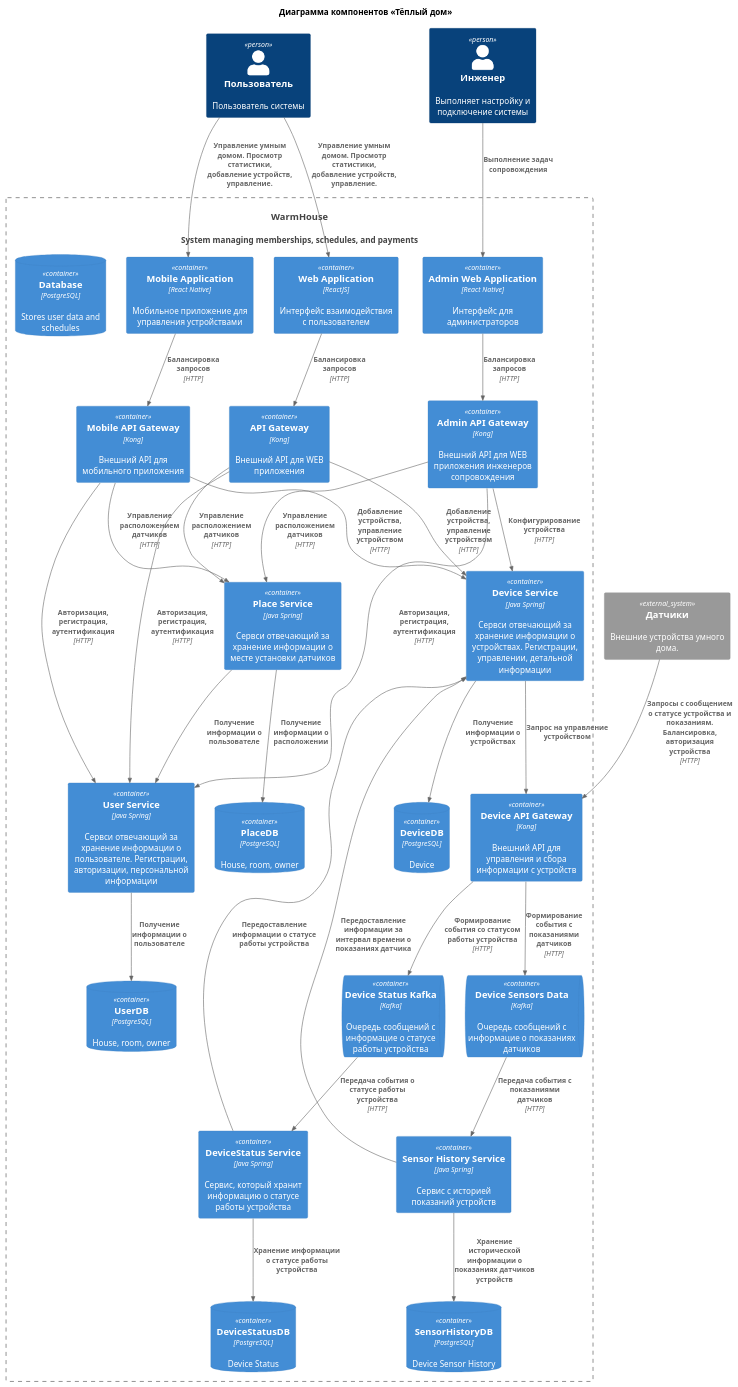
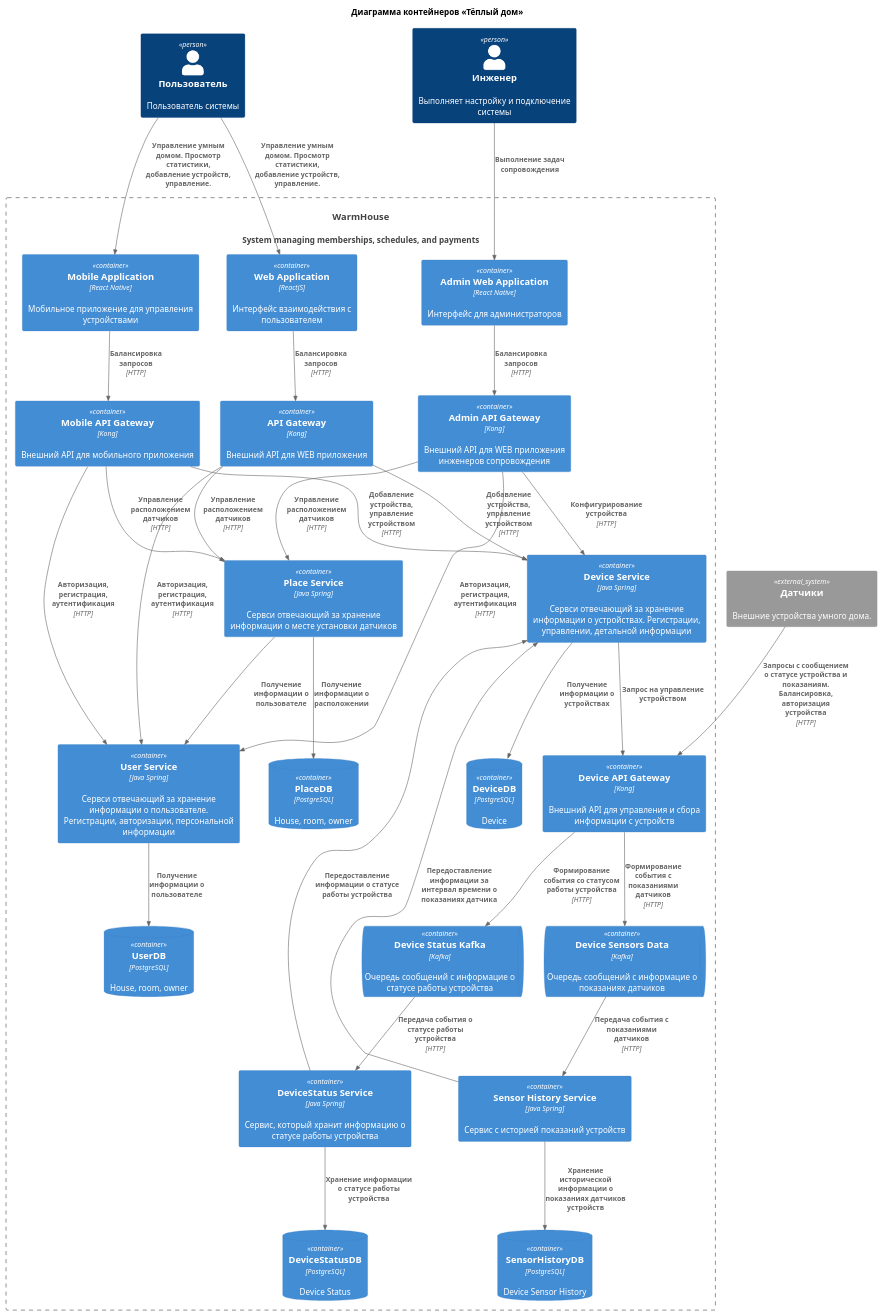
The diagram in C4_Architect/C4_Container.puml (ZhurkinAngular/Warmhouse), drawn with PlantUML before and after one commit. The commit also changed 1 other file, not shown here.

Commit message:
Добавлена диаграмма контейнеров датчиков

```diff
--- a/C4_Architect/C4_Container.puml
+++ b/C4_Architect/C4_Container.puml
@@ -1,83 +1,85 @@
 @startuml
-title Диаграмма компонентов «Тёплый дом»
+title Диаграмма контейнеров «Тёплый дом»
 
 top to bottom direction
 
 !includeurl https://raw.githubusercontent.com/RicardoNiepel/C4-PlantUML/master/C4_Component.puml
+
+skinparam wrapWidth 300
+' LAYOUT_LANDSCAPE()
 
 Person(user, "Пользователь", "Пользователь системы")
 Person(enginer, "Инженер", "Выполняет настройку и подключение системы")
 System_Ext(devices, "Датчики", "Внешние устройства умного дома.")
 System(WarmHouse, "WarmHouse", "System managing memberships, schedules, and payments")
 
 Container_Boundary(WarmHouse, "WarmHouse System") {
   Container(WebApp, "Web Application", "ReactJS", "Интерфейс взаимодействия с пользователем")
   Container(MobileApp, "Mobile Application", "React Native", "Мобильное приложение для управления устройствами")
   Container(WebAdminApp, "Admin Web Application", "React Native", "Интерфейс для администраторов")
   Container(WebGateWayAPI, "API Gateway", "Kong", "Внешний API для WEB приложения")
   Container(MobileGateWayAPI, "Mobile API Gateway", "Kong", "Внешний API для мобильного приложения")
   Container(WebAdminGateWayAPI, "Admin API Gateway", "Kong", "Внешний API для WEB приложения инженеров сопровождения")
   
   Container(PlaceService, "Place Service", "Java Spring", "Сервси отвечающий за хранение информации о месте установки датчиков")
   ContainerDb(PlaceDB, "PlaceDB", "PostgreSQL", "House, room, owner")
   
   Container(UserService, "User Service", "Java Spring", "Сервси отвечающий за хранение информации о пользователе. Регистрации, авторизации, персональной информации")
   ContainerDb(UserDB, "UserDB", "PostgreSQL", "House, room, owner")
 
   Container(DeviceService, "Device Service", "Java Spring", "Сервси отвечающий за хранение информации о устройствах. Регистрации, управлении, детальной информации")
   ContainerDb(DeviceDB, "DeviceDB", "PostgreSQL", "Device")
 
   Container(DeviceGateWayAPI, "Device API Gateway", "Kong", "Внешний API для управления и сбора информации с устройств")
   ContainerQueue(StatusDeviceKafka, "Device Status Kafka", "Kafka", "Очередь сообщений с информацие о статусе работы устройства")
   Container(DeviceStatusService, "DeviceStatus Service", "Java Spring", "Сервис, который хранит информацию о статусе работы устройства")
   ContainerDb(DeviceStatusDB, "DeviceStatusDB", "PostgreSQL", "Device Status")
 
   Container(DeviceGateWayAPI, "Device API Gateway", "Kong", "Внешний API для управления и сбора информации с устройств")
   ContainerQueue(StatusDeviceKafka, "Device Status Kafka", "Kafka", "Очередь сообщений с информацие о статусе работы устройства")
   Container(DeviceStatusService, "DeviceStatus Service", "Java Spring", "Сервис, который хранит информацию о статусе работы устройства")
   ContainerDb(DeviceStatusDB, "DeviceStatusDB", "PostgreSQL", "Device Status")
 
   ContainerQueue(SensorDataKafka, "Device Sensors Data", "Kafka", "Очередь сообщений с информацие о показаниях датчиков")
   Container(SensorHistoryService, "Sensor History Service", "Java Spring", "Сервис с историей показаний устройств")
   ContainerDb(SensorHistoryDB, "SensorHistoryDB", "PostgreSQL", "Device Sensor History")
 
-  ContainerDb(Database, "Database", "PostgreSQL", "Stores user data and schedules")
 }
 
 Rel(user, WebApp, "Управление умным домом. Просмотр статистики, добавление устройств, управление.")
 Rel(user, MobileApp, "Управление умным домом. Просмотр статистики, добавление устройств, управление.")
 Rel(enginer, WebAdminApp, "Выполнение задач сопровождения")
 Rel(WebApp, WebGateWayAPI, "Балансировка запросов", "HTTP")
 Rel(MobileApp, MobileGateWayAPI, "Балансировка запросов", "HTTP")
 Rel(WebAdminApp, WebAdminGateWayAPI, "Балансировка запросов", "HTTP")
 
 Rel(WebGateWayAPI, PlaceService, "Управление расположением датчиков", "HTTP")
 Rel(MobileGateWayAPI, PlaceService, "Управление расположением датчиков", "HTTP")
 Rel(WebAdminGateWayAPI, PlaceService, "Управление расположением датчиков", "HTTP")
 Rel(PlaceService, PlaceDB, "Получение информации о расположении")
 
 Rel(WebGateWayAPI, UserService, "Авторизация, регистрация, аутентификация", "HTTP")
 Rel(MobileGateWayAPI, UserService, "Авторизация, регистрация, аутентификация", "HTTP")
 Rel(WebAdminGateWayAPI, UserService, "Авторизация, регистрация, аутентификация", "HTTP")
 Rel(UserService, UserDB, "Получение информации о пользователе")
 
 Rel(WebGateWayAPI, DeviceService, "Добавление устройства, управление устройством", "HTTP")
 Rel(MobileGateWayAPI, DeviceService, "Добавление устройства, управление устройством", "HTTP")
 Rel(WebAdminGateWayAPI, DeviceService, "Конфигурирование устройства", "HTTP")
 Rel(DeviceService, DeviceDB, "Получение информации о устройствах")
 
 Rel(devices, DeviceGateWayAPI, "Запросы с сообщением о статусе устройства и показаниям. Балансировка, авторизация устройства", "HTTP")
 Rel(DeviceGateWayAPI, StatusDeviceKafka, "Формирование события со статусом работы устройства", "HTTP")
 Rel(StatusDeviceKafka, DeviceStatusService, "Передача события о статусе работы устройства", "HTTP")
 Rel(DeviceStatusService, DeviceStatusDB, "Хранение информации о статусе работы устройства")
 Rel(DeviceStatusService, DeviceService, "Передоставление информации о статусе работы устройства")
 
 Rel(DeviceGateWayAPI, SensorDataKafka, "Формирование события с показаниями датчиков", "HTTP")
 Rel(SensorDataKafka, SensorHistoryService, "Передача события с показаниями датчиков", "HTTP")
 Rel(SensorHistoryService, SensorHistoryDB, "Хранение исторической информации о показаниях датчиков устройств")
 Rel(SensorHistoryService, DeviceService, "Передоставление информации за интервал времени о показаниях датчика")
 
 Rel(PlaceService, UserService, "Получение информации о пользователе")
 Rel(DeviceService, DeviceGateWayAPI, "Запрос на управление устройством")
 
 @enduml
```
